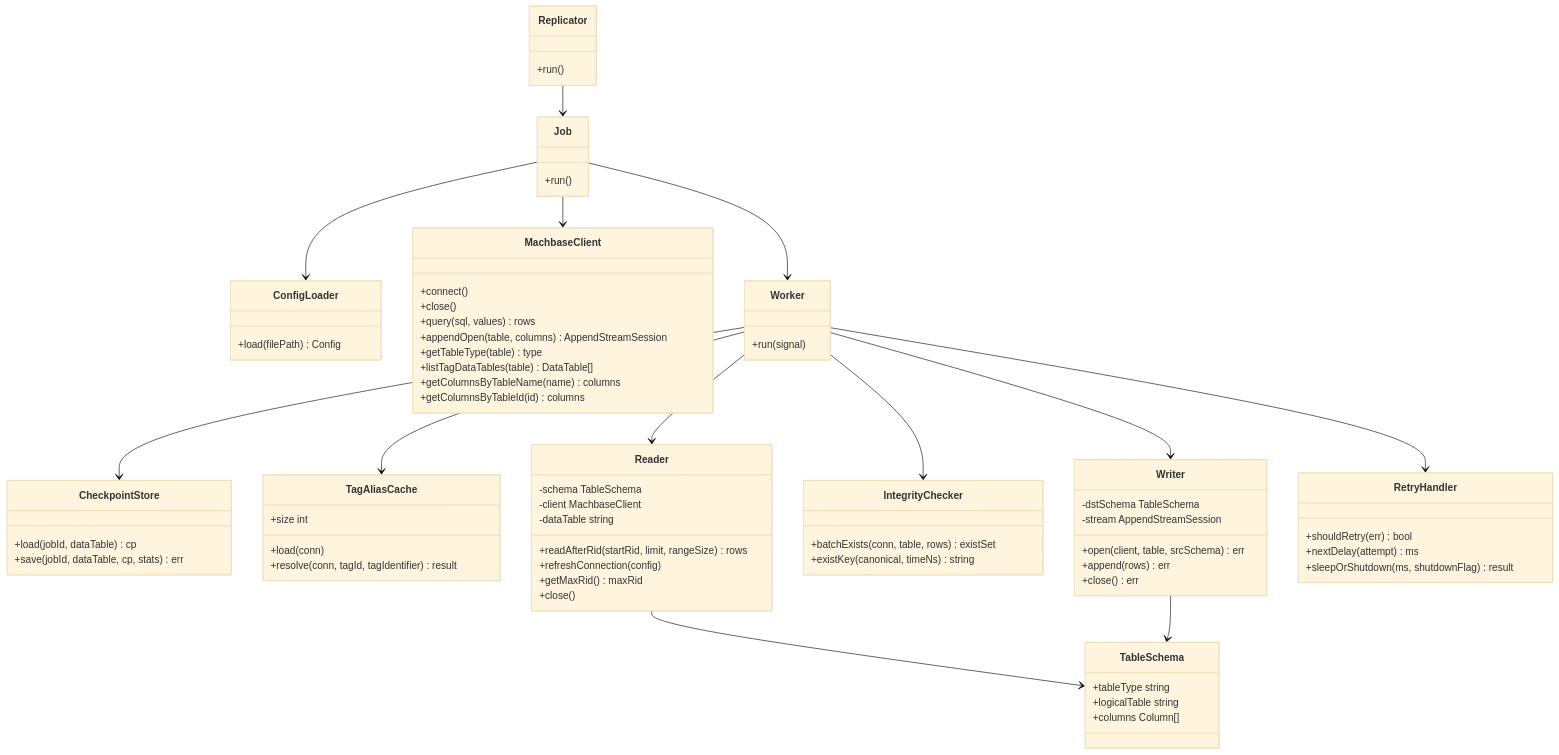
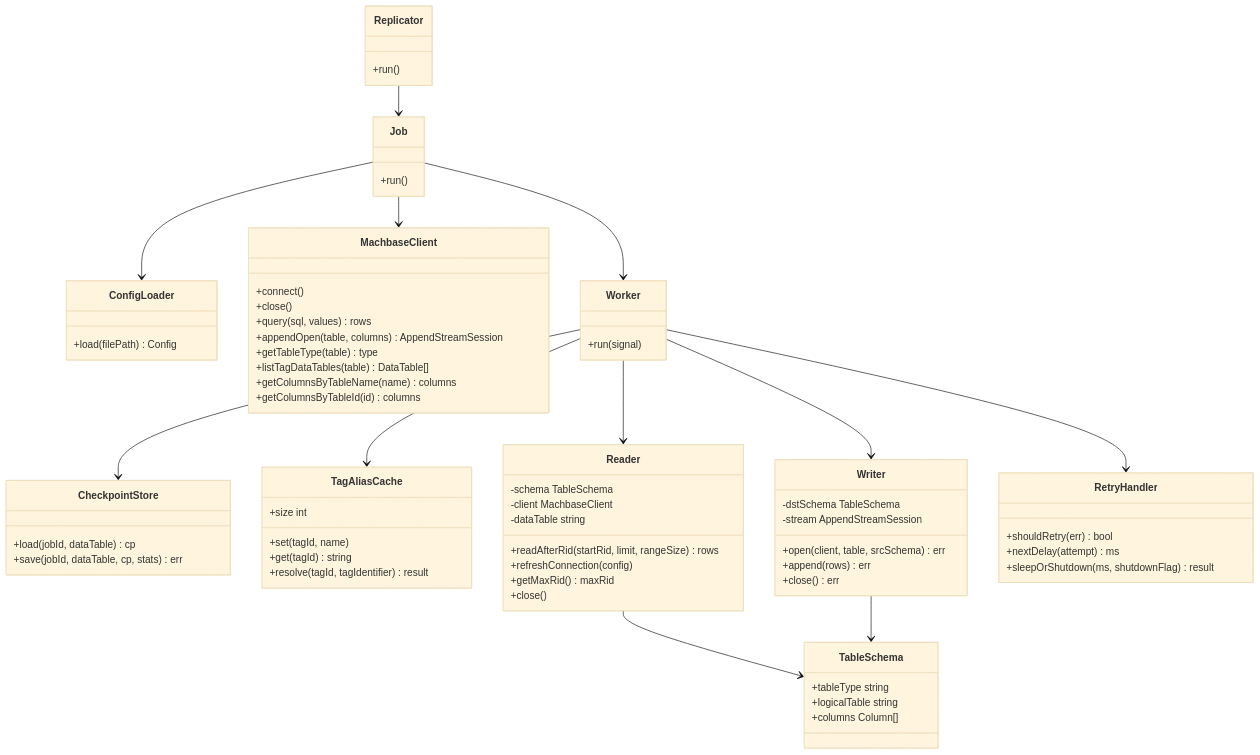
Before and after one commit to machbase/neo-pkg-replication: the second of 4 diagrams in docs/PROJECT.md, drawn with Mermaid (base theme). The commit also changed other lines of this file and 23 other files, not shown here.

````diff
--- a/docs/PROJECT.md
+++ b/docs/PROJECT.md
@@ -878,79 +856,75 @@
 ```mermaid
 classDiagram
     class ConfigLoader {
         +load(filePath) Config
     }
     class MachbaseClient {
         +connect()
         +close()
         +query(sql, values) rows
         +appendOpen(table, columns) AppendStreamSession
         +getTableType(table) type
         +listTagDataTables(table) DataTable[]
         +getColumnsByTableName(name) columns
         +getColumnsByTableId(id) columns
     }
     class CheckpointStore {
         +load(jobId, dataTable) cp
         +save(jobId, dataTable, cp, stats) err
     }
     class TableSchema {
         +tableType string
         +logicalTable string
         +columns Column[]
     }
     class TagAliasCache {
-        +load(conn)
-        +resolve(conn, tagId, tagIdentifier) result
+        +set(tagId, name)
+        +get(tagId) string
+        +resolve(tagId, tagIdentifier) result
         +size int
     }
     class Reader {
         -schema TableSchema
         -client MachbaseClient
         -dataTable string
         +readAfterRid(startRid, limit, rangeSize) rows
         +refreshConnection(config)
         +getMaxRid() maxRid
         +close()
-    }
-    class IntegrityChecker {
-        +batchExists(conn, table, rows) existSet
-        +existKey(canonical, timeNs) string
     }
     class Writer {
         -dstSchema TableSchema
         -stream AppendStreamSession
         +open(client, table, srcSchema) err
         +append(rows) err
         +close() err
     }
     class RetryHandler {
         +shouldRetry(err) bool
         +nextDelay(attempt) ms
         +sleepOrShutdown(ms, shutdownFlag) result
     }
     class Replicator {
         +run()
     }
     class Job {
         +run()
     }
     class Worker {
         +run(signal)
     }
 
     Replicator --> Job
     Job --> Worker
     Job --> MachbaseClient
     Job --> ConfigLoader
 
     Worker --> CheckpointStore
     Worker --> Reader
     Worker --> TagAliasCache
-    Worker --> IntegrityChecker
     Worker --> Writer
     Worker --> RetryHandler
 
     Reader --> TableSchema
     Writer --> TableSchema
 ```
````
